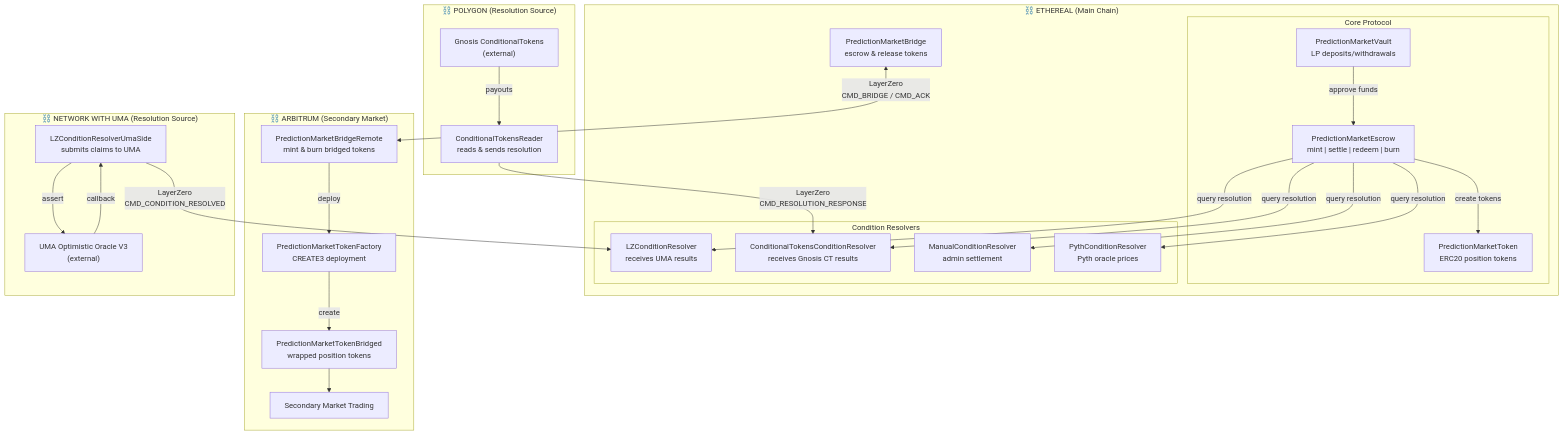
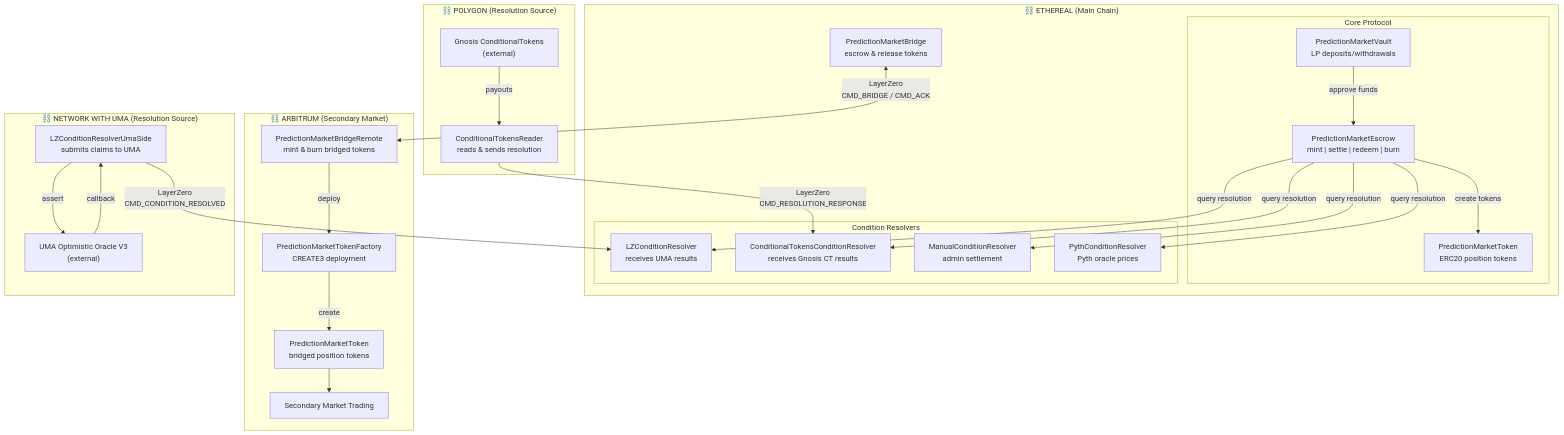
One commit to sapiencexyz/sapience changed the second of 2 diagrams in packages/protocol/src/spec.md. Above: the diagram before and after it, drawn with Mermaid. The commit also changed other lines of this file and 13 other files, not shown here.

````diff
--- a/packages/protocol/src/spec.md
+++ b/packages/protocol/src/spec.md
@@ -343,56 +343,56 @@
 ```mermaid
 flowchart TB
     subgraph ETHEREAL["⛓️ ETHEREAL (Main Chain)"]
         subgraph CORE["Core Protocol"]
             PME["PredictionMarketEscrow<br/>mint | settle | redeem | burn"]
             PMT["PredictionMarketToken<br/>ERC20 position tokens"]
             PMV["PredictionMarketVault<br/>LP deposits/withdrawals"]
         end
 
         subgraph RESOLVERS["Condition Resolvers"]
             LZR["LZConditionResolver<br/>receives UMA results"]
             CTR["ConditionalTokensConditionResolver<br/>receives Gnosis CT results"]
             MR["ManualConditionResolver<br/>admin settlement"]
             PR["PythConditionResolver<br/>Pyth oracle prices"]
         end
 
         PMB["PredictionMarketBridge<br/>escrow & release tokens"]
     end
 
     subgraph ARBITRUM["⛓️ ARBITRUM (Secondary Market)"]
         PMBR["PredictionMarketBridgeRemote<br/>mint & burn bridged tokens"]
         PMTF["PredictionMarketTokenFactory<br/>CREATE3 deployment"]
-        PMTB["PredictionMarketTokenBridged<br/>wrapped position tokens"]
+        PMTB["PredictionMarketToken<br/>bridged position tokens"]
         SMT["Secondary Market Trading"]
     end
 
     subgraph POLYGON["⛓️ POLYGON (Resolution Source)"]
         CTREAD["ConditionalTokensReader<br/>reads & sends resolution"]
         GCT["Gnosis ConditionalTokens<br/>(external)"]
     end
 
     subgraph UMA["⛓️ NETWORK WITH UMA (Resolution Source)"]
         LZUMA["LZConditionResolverUmaSide<br/>submits claims to UMA"]
         OOV3["UMA Optimistic Oracle V3<br/>(external)"]
     end
 
     %% Core protocol flows
     PME -->|"create tokens"| PMT
     PME -->|"query resolution"| LZR & CTR & MR & PR
     PMV -->|"approve funds"| PME
 
     %% Bridge flows (Ethereal ↔ Arbitrum)
     PMB <-->|"LayerZero<br/>CMD_BRIDGE / CMD_ACK"| PMBR
     PMBR -->|"deploy"| PMTF
     PMTF -->|"create"| PMTB
     PMTB --> SMT
 
     %% Resolution flows (Polygon → Ethereal)
     GCT -->|"payouts"| CTREAD
     CTREAD -->|"LayerZero<br/>CMD_RESOLUTION_RESPONSE"| CTR
 
     %% Resolution flows (UMA → Ethereal)
     LZUMA -->|"assert"| OOV3
     OOV3 -->|"callback"| LZUMA
     LZUMA -->|"LayerZero<br/>CMD_CONDITION_RESOLVED"| LZR
 ```
````
